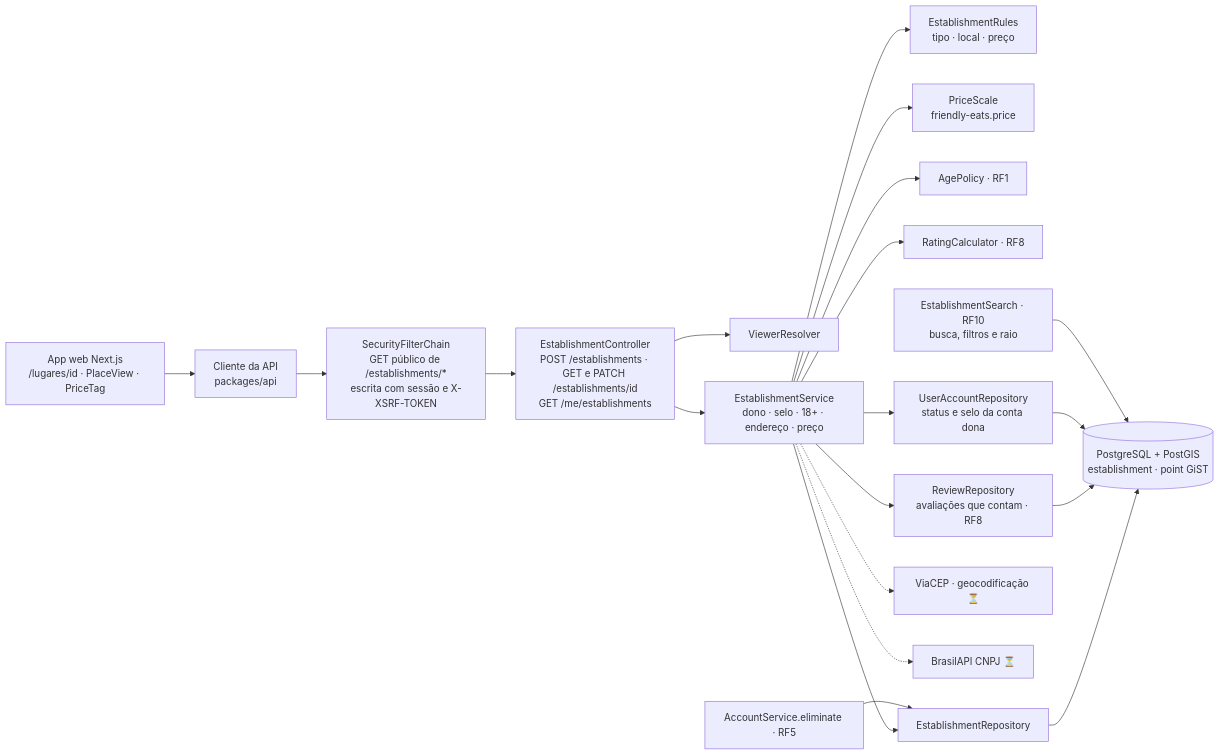
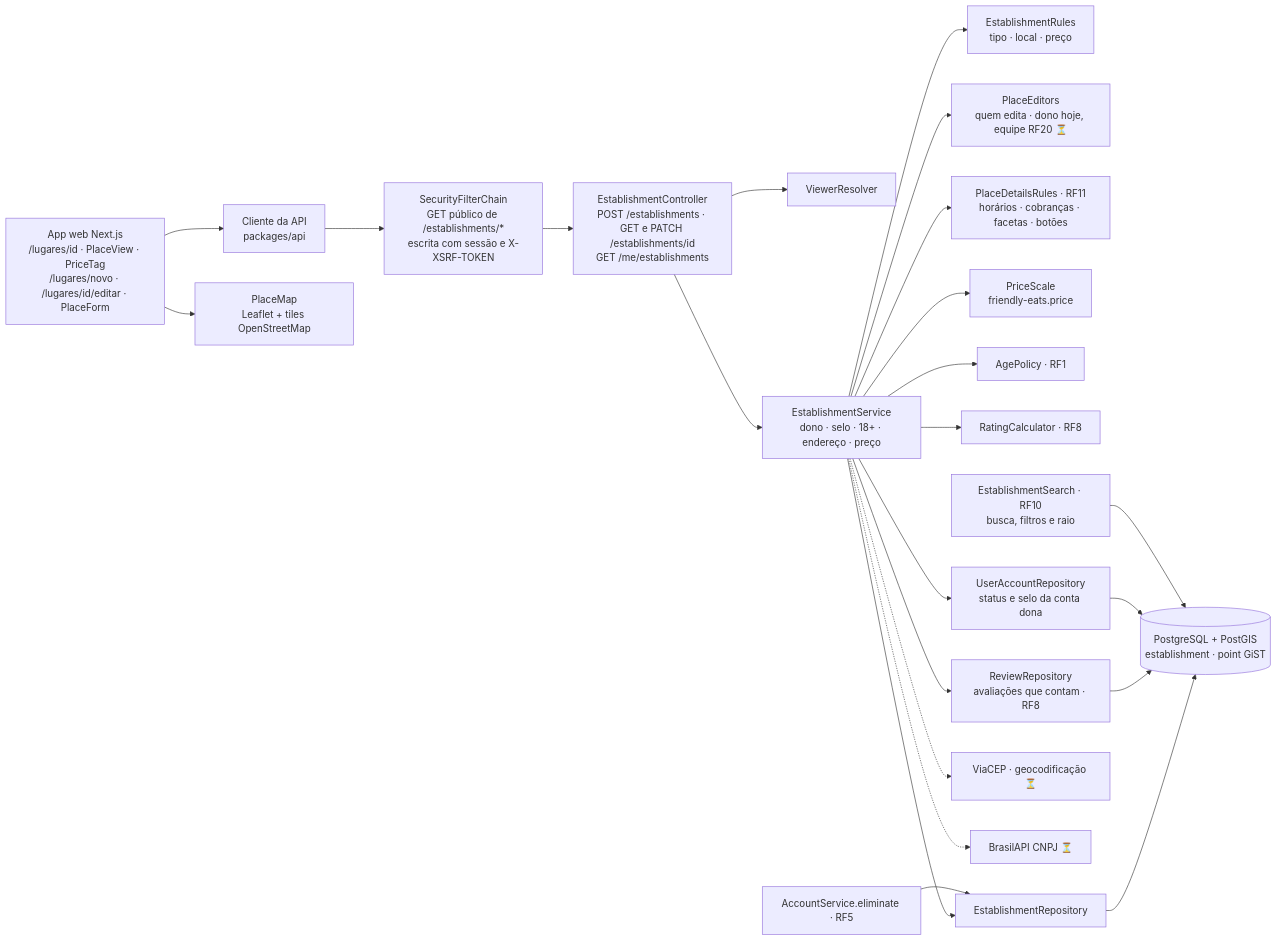
The diagram in docs/RF6/componentes.md (MatheusHaliski/Friendly-Eats), drawn with Mermaid before and after one commit. The commit also changed 23 other files, not shown here.

````diff
--- a/docs/RF6/componentes.md
+++ b/docs/RF6/componentes.md
@@ -3,19 +3,22 @@
 ```mermaid
 flowchart LR
-    WEB["App web Next.js<br/>/lugares/id · PlaceView · PriceTag"] --> APP["Cliente da API<br/>packages/api"] --> SEC["SecurityFilterChain<br/>GET público de /establishments/*<br/>escrita com sessão e X-XSRF-TOKEN"]
+    WEB["App web Next.js<br/>/lugares/id · PlaceView · PriceTag<br/>/lugares/novo · /lugares/id/editar · PlaceForm"] --> APP["Cliente da API<br/>packages/api"] --> SEC["SecurityFilterChain<br/>GET público de /establishments/*<br/>escrita com sessão e X-XSRF-TOKEN"]
     SEC --> EC["EstablishmentController<br/>POST /establishments · GET e PATCH /establishments/id<br/>GET /me/establishments"]
     EC --> VR["ViewerResolver"]
     EC --> ES["EstablishmentService<br/>dono · selo · 18+ · endereço · preço"]
     ES --> RU["EstablishmentRules<br/>tipo · local · preço"]
+    ES --> PE["PlaceEditors<br/>quem edita · dono hoje, equipe RF20 ⏳"]
+    ES --> P11["PlaceDetailsRules · RF11<br/>horários · cobranças · facetas · botões"]
+    WEB --> MAP["PlaceMap<br/>Leaflet + tiles OpenStreetMap"]
     ES --> PS["PriceScale<br/>friendly-eats.price"]
     ES --> AP["AgePolicy · RF1"]
     ES --> RC["RatingCalculator · RF8"]
     ES --> ER["EstablishmentRepository"]
     ES --> RR["ReviewRepository<br/>avaliações que contam · RF8"]
     ES --> UR["UserAccountRepository<br/>status e selo da conta dona"]
     ER & RR & UR --> PG[("PostgreSQL + PostGIS<br/>establishment · point GiST")]
     AS["AccountService.eliminate · RF5"] --> ER
     ES -.-> GEO["ViaCEP · geocodificação ⏳"]
     ES -.-> BR["BrasilAPI CNPJ ⏳"]
     SR["EstablishmentSearch · RF10<br/>busca, filtros e raio"] --> PG
 ```
````
